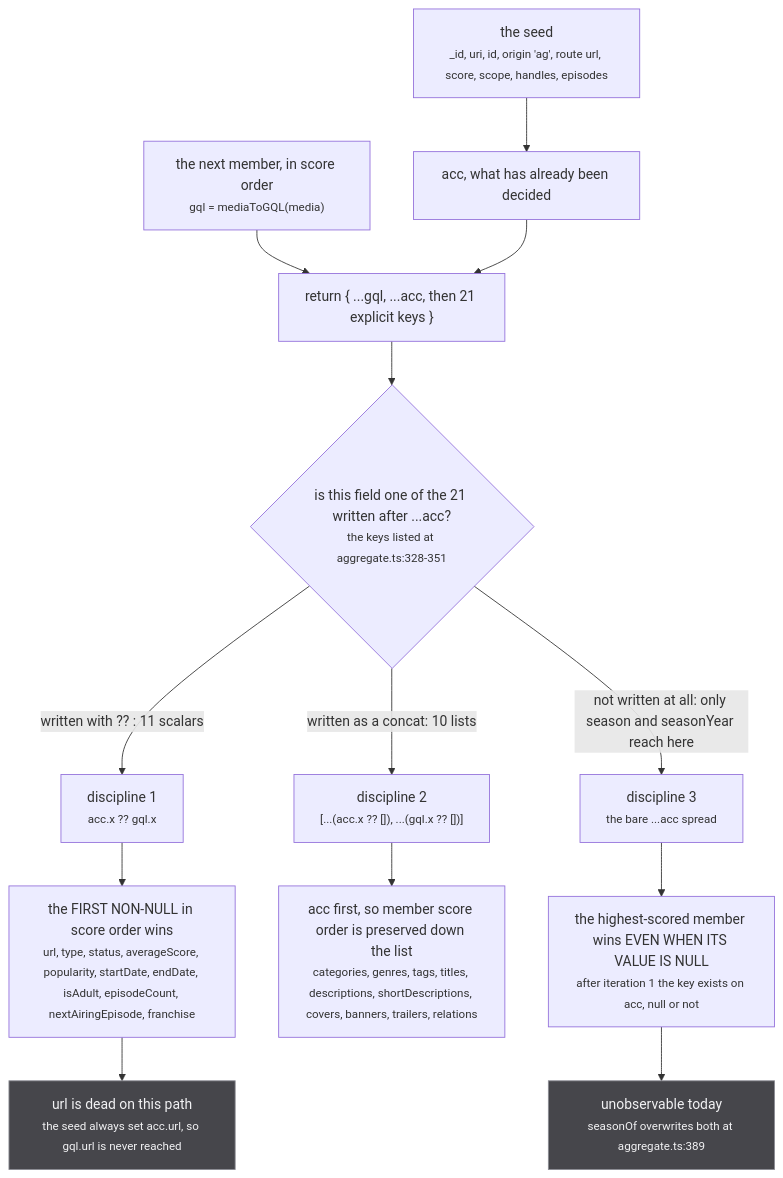
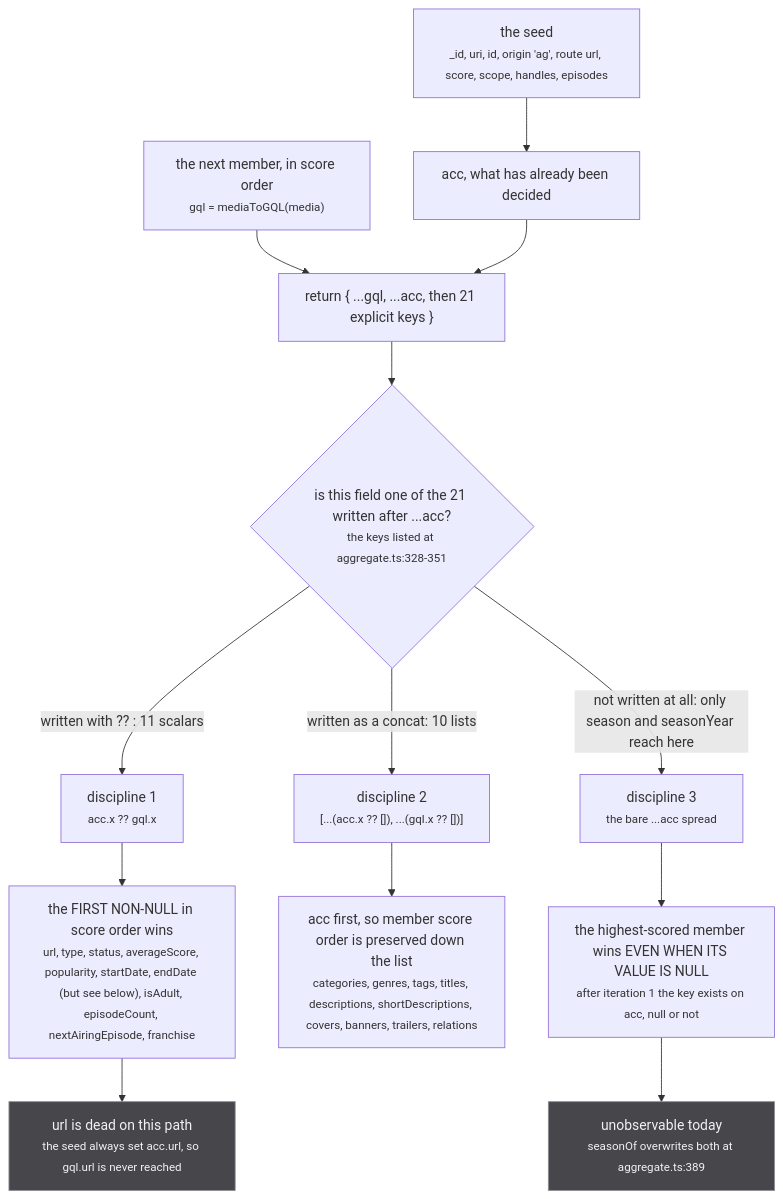
Before and after one commit to banou26/stub: the second of 4 diagrams in docs/src/content/docs/read/aggregate-media.md, drawn with Mermaid. The commit also changed other lines of this file and 38 other files, not shown here.

````diff
--- a/docs/src/content/docs/read/aggregate-media.md
+++ b/docs/src/content/docs/read/aggregate-media.md
@@ -87,20 +87,20 @@
 ```mermaid
 flowchart TD
   SEED["the seed<br/><small>_id, uri, id, origin 'ag', route url, score, scope, handles, episodes</small>"] --> ACC["acc, what has already been decided"]
   MEM["the next member, in score order<br/><small>gql = mediaToGQL(media)</small>"] --> SPREAD["return { ...gql, ...acc, then 21 explicit keys }"]
   ACC --> SPREAD
   SPREAD --> D1{"is this field one of the 21 written after ...acc?<br/><small>the keys listed at aggregate.ts:328-351</small>"}
   D1 -->|"written with ?? : 11 scalars"| D2A["discipline 1<br/><small>acc.x ?? gql.x</small>"]
   D1 -->|"written as a concat: 10 lists"| D2B["discipline 2<br/><small>[...(acc.x ?? []), ...(gql.x ?? [])]</small>"]
   D1 -->|"not written at all: only season and seasonYear reach here"| D2C["discipline 3<br/><small>the bare ...acc spread</small>"]
-  D2A --> W1["the FIRST NON-NULL in score order wins<br/><small>url, type, status, averageScore, popularity, startDate, endDate, isAdult, episodeCount, nextAiringEpisode, franchise</small>"]
+  D2A --> W1["the FIRST NON-NULL in score order wins<br/><small>url, type, status, averageScore, popularity, startDate, endDate (but see below), isAdult, episodeCount, nextAiringEpisode, franchise</small>"]
   D2B --> W2["acc first, so member score order is preserved down the list<br/><small>categories, genres, tags, titles, descriptions, shortDescriptions, covers, banners, trailers, relations</small>"]
   D2C --> W3["the highest-scored member wins EVEN WHEN ITS VALUE IS NULL<br/><small>after iteration 1 the key exists on acc, null or not</small>"]
   W3 --> TRAP["unobservable today<br/><small>seasonOf overwrites both at aggregate.ts:389</small>"]
   W1 --> DEAD["url is dead on this path<br/><small>the seed always set acc.url, so gql.url is never reached</small>"]
   classDef irrev fill:#b03f33,stroke:#e0796f,color:#ffffff
   classDef ratchet fill:#8f5a0e,stroke:#f2b45c,color:#ffffff
   classDef view fill:#4572b5,stroke:#8db0de,color:#ffffff
   classDef refuse fill:#46464b,stroke:#8b8c93,color:#f2f2f4
   class TRAP,DEAD refuse
 ```
````
